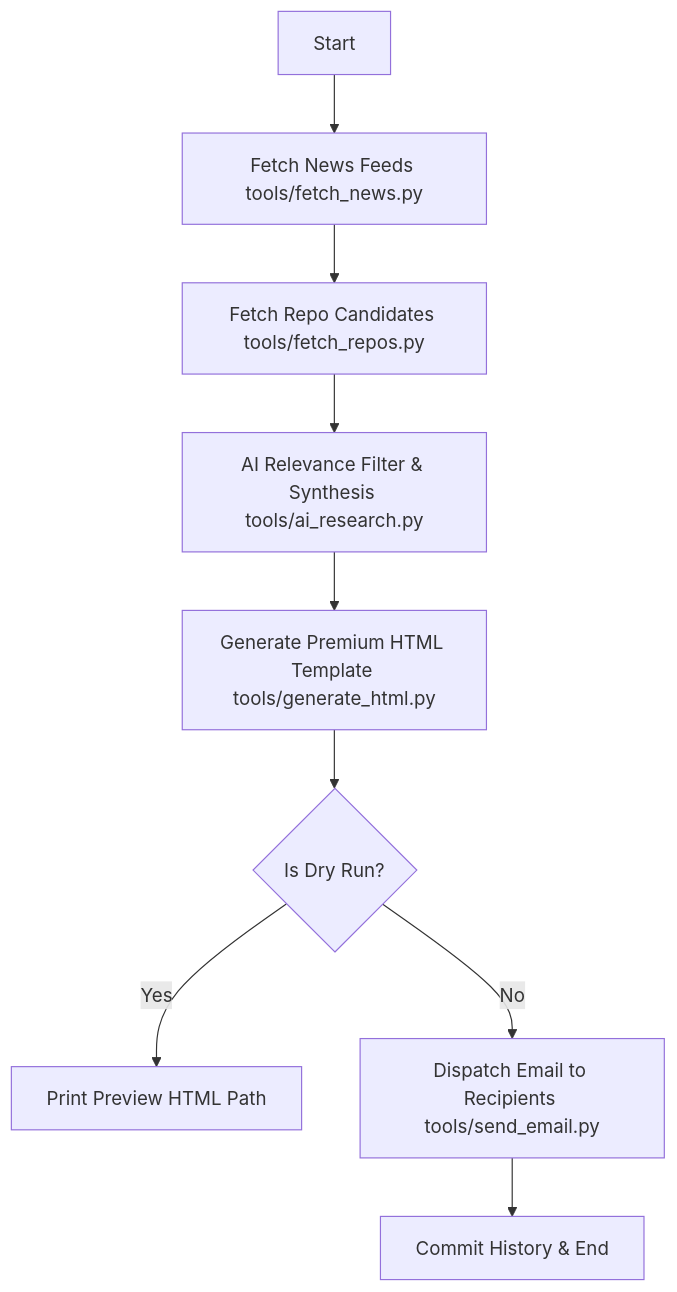
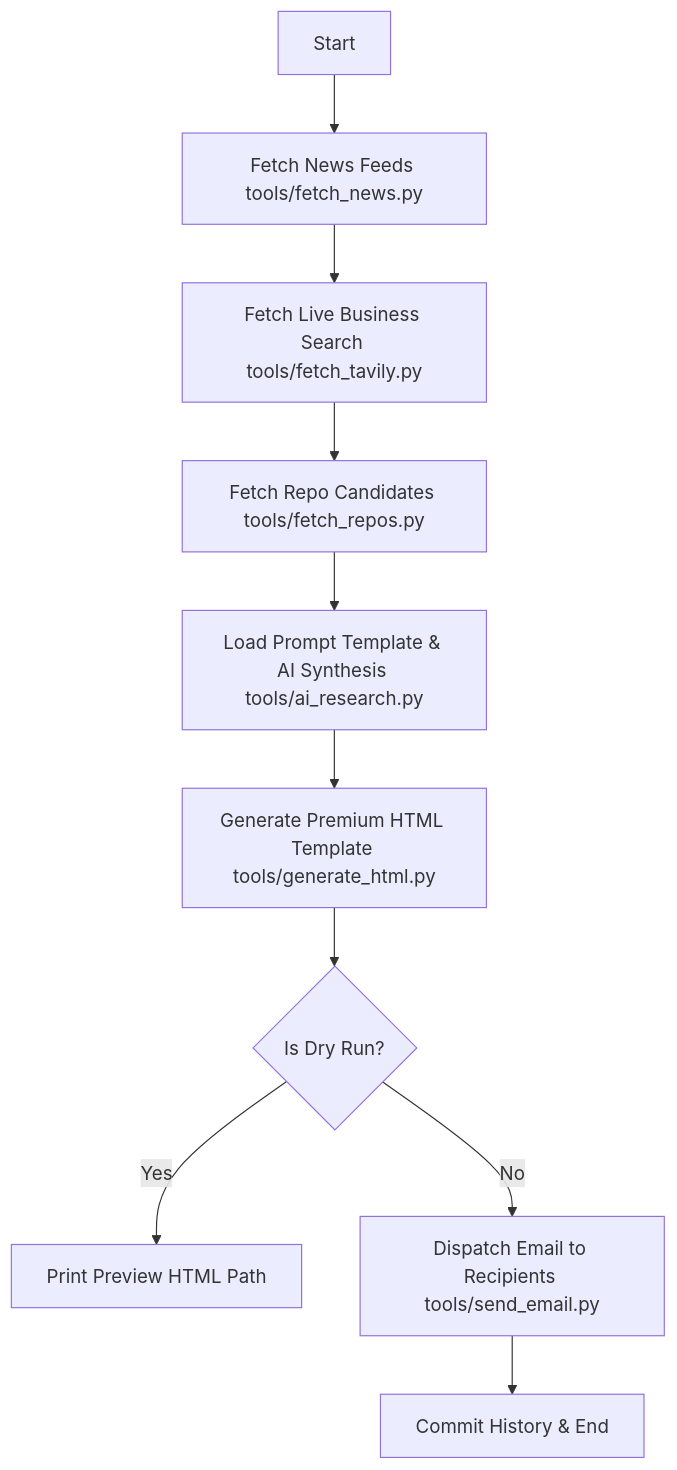
The diagram in workflows/newsletter_generation.md (Shubham-PDF/newsletter-automation), drawn with Mermaid before and after one commit. The commit also changed other lines of this file and 39 other files, not shown here.

````diff
--- a/workflows/newsletter_generation.md
+++ b/workflows/newsletter_generation.md
@@ -26,11 +28,12 @@
 ```mermaid
 graph TD
     A[Start] --> B[Fetch News Feeds tools/fetch_news.py]
-    B --> C[Fetch Repo Candidates tools/fetch_repos.py]
-    C --> D[AI Relevance Filter & Synthesis tools/ai_research.py]
-    D --> E[Generate Premium HTML Template tools/generate_html.py]
-    E --> F{Is Dry Run?}
-    F -- Yes --> G[Print Preview HTML Path]
-    F -- No --> H[Dispatch Email to Recipients tools/send_email.py]
-    H --> I[Commit History & End]
+    B --> C[Fetch Live Business Search tools/fetch_tavily.py]
+    C --> D[Fetch Repo Candidates tools/fetch_repos.py]
+    D --> E[Load Prompt Template & AI Synthesis tools/ai_research.py]
+    E --> F[Generate Premium HTML Template tools/generate_html.py]
+    F --> G{Is Dry Run?}
+    G -- Yes --> H[Print Preview HTML Path]
+    G -- No --> I[Dispatch Email to Recipients tools/send_email.py]
+    I --> J[Commit History & End]
 ```
````
